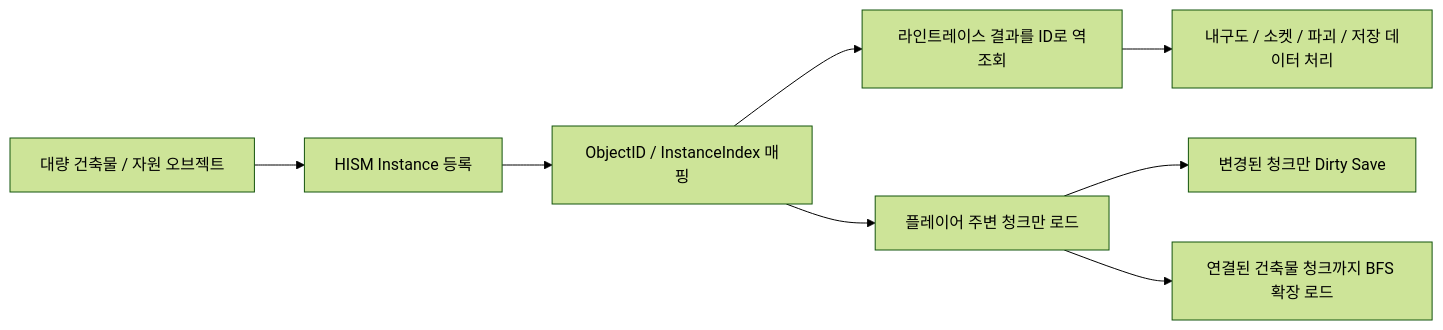
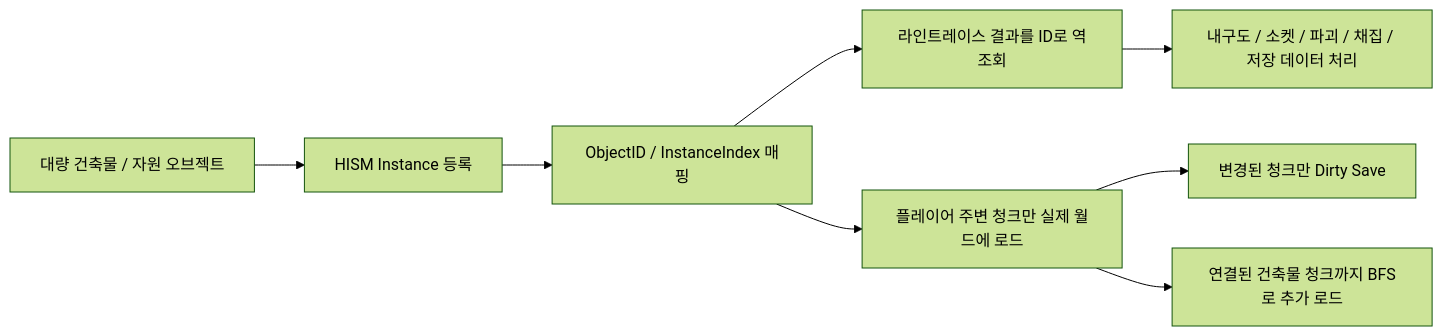
One commit to tjwjdah/Unreal4.26_Portfolio changed the first of 2 diagrams in README.md. Above: the diagram before and after it, drawn with Mermaid (forest theme). The commit also changed other lines of this file, not shown here.

````diff
--- a/README.md
+++ b/README.md
@@ -67,10 +71,10 @@
 ```mermaid
 flowchart LR
     A[대량 건축물 / 자원 오브젝트] --> B[HISM Instance 등록]
     B --> C[ObjectID / InstanceIndex 매핑]
     C --> D[라인트레이스 결과를 ID로 역조회]
-    D --> E[내구도 / 소켓 / 파괴 / 저장 데이터 처리]
-    C --> F[플레이어 주변 청크만 로드]
+    D --> E[내구도 / 소켓 / 파괴 / 채집 / 저장 데이터 처리]
+    C --> F[플레이어 주변 청크만 실제 월드에 로드]
     F --> G[변경된 청크만 Dirty Save]
-    F --> H[연결된 건축물 청크까지 BFS 확장 로드]
+    F --> H[연결된 건축물 청크까지 BFS로 추가 로드]
 ```
````
